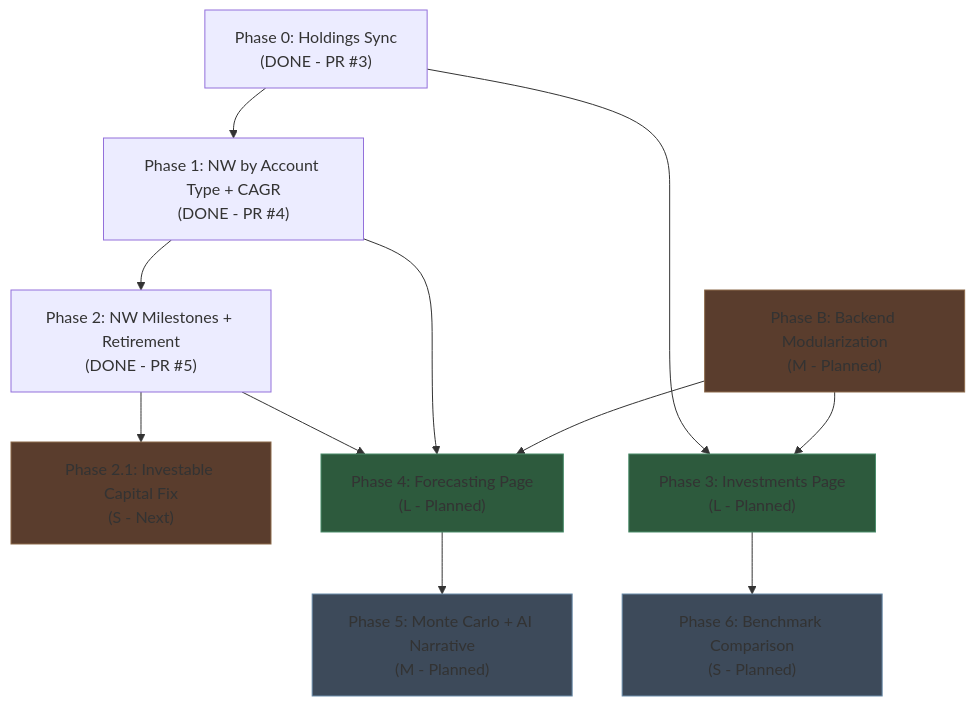
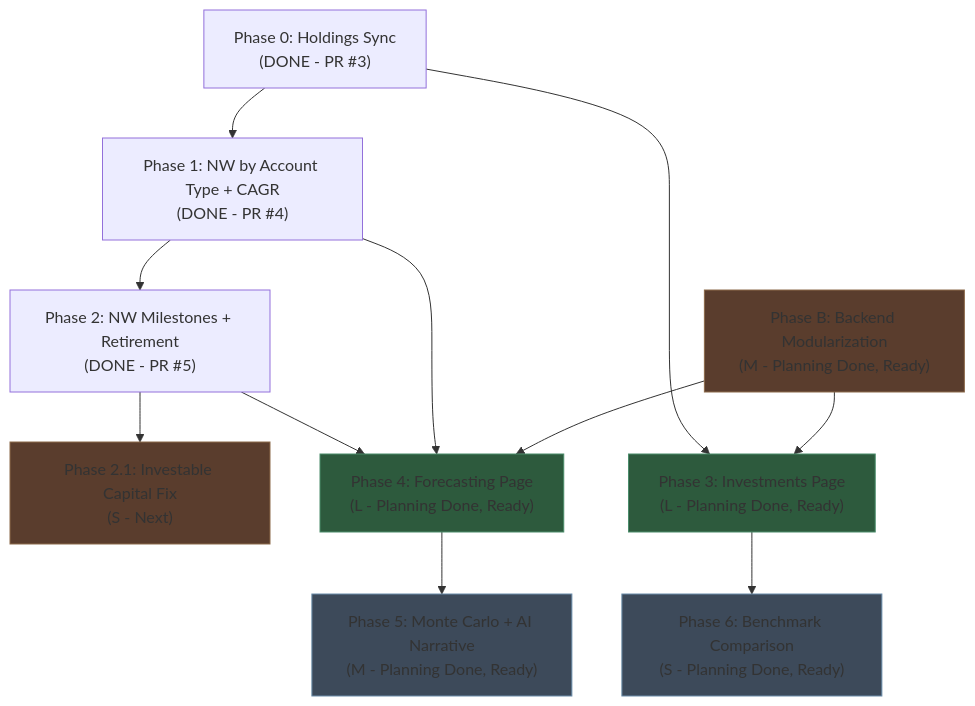
The first of 7 diagrams in docs/plans/phase-dependency-diagrams.md (krulewis/stashtrend), drawn with Mermaid before and after one commit. The commit also changed other lines of this file and 1 other file, not shown here.

Commit message:
docs: update plans index and dependency diagrams to reflect full planning completion
All phases (B, 3, 4, 5, 6) now have complete planning pipelines including
final plans. Update index.md planning status table, phase summaries, and
artifact lists. Update dependency diagrams note and phase node labels.

````diff
--- a/docs/plans/phase-dependency-diagrams.md
+++ b/docs/plans/phase-dependency-diagrams.md
@@ -13,35 +13,35 @@
 ```mermaid
 graph TD
     P0["Phase 0: Holdings Sync<br/>(DONE - PR #3)"]
     P1["Phase 1: NW by Account Type + CAGR<br/>(DONE - PR #4)"]
     P2["Phase 2: NW Milestones + Retirement<br/>(DONE - PR #5)"]
     P2_1["Phase 2.1: Investable Capital Fix<br/>(S - Next)"]
-    PB["Phase B: Backend Modularization<br/>(M - Planned)"]
-    P3["Phase 3: Investments Page<br/>(L - Planned)"]
-    P4["Phase 4: Forecasting Page<br/>(L - Planned)"]
-    P5["Phase 5: Monte Carlo + AI Narrative<br/>(M - Planned)"]
-    P6["Phase 6: Benchmark Comparison<br/>(S - Planned)"]
+    PB["Phase B: Backend Modularization<br/>(M - Planning Done, Ready)"]
+    P3["Phase 3: Investments Page<br/>(L - Planning Done, Ready)"]
+    P4["Phase 4: Forecasting Page<br/>(L - Planning Done, Ready)"]
+    P5["Phase 5: Monte Carlo + AI Narrative<br/>(M - Planning Done, Ready)"]
+    P6["Phase 6: Benchmark Comparison<br/>(S - Planning Done, Ready)"]
 
     P0 --> P1
     P1 --> P2
     P2 --> P2_1
 
     %% Phase B gates all new feature phases
     PB --> P3
     PB --> P4
 
     %% Feature dependencies from requirements
     P0 --> P3
     P1 --> P4
     P2 --> P4
     P4 --> P5
     P3 --> P6
 
     %% Parallel opportunities
     style P3 fill:#2d5a3d,stroke:#4a8c6a
     style P4 fill:#2d5a3d,stroke:#4a8c6a
     style P6 fill:#3d4a5a,stroke:#6a8caa
     style P5 fill:#3d4a5a,stroke:#6a8caa
     style PB fill:#5a3d2d,stroke:#8c6a4a
     style P2_1 fill:#5a3d2d,stroke:#8c6a4a
 ```
````
